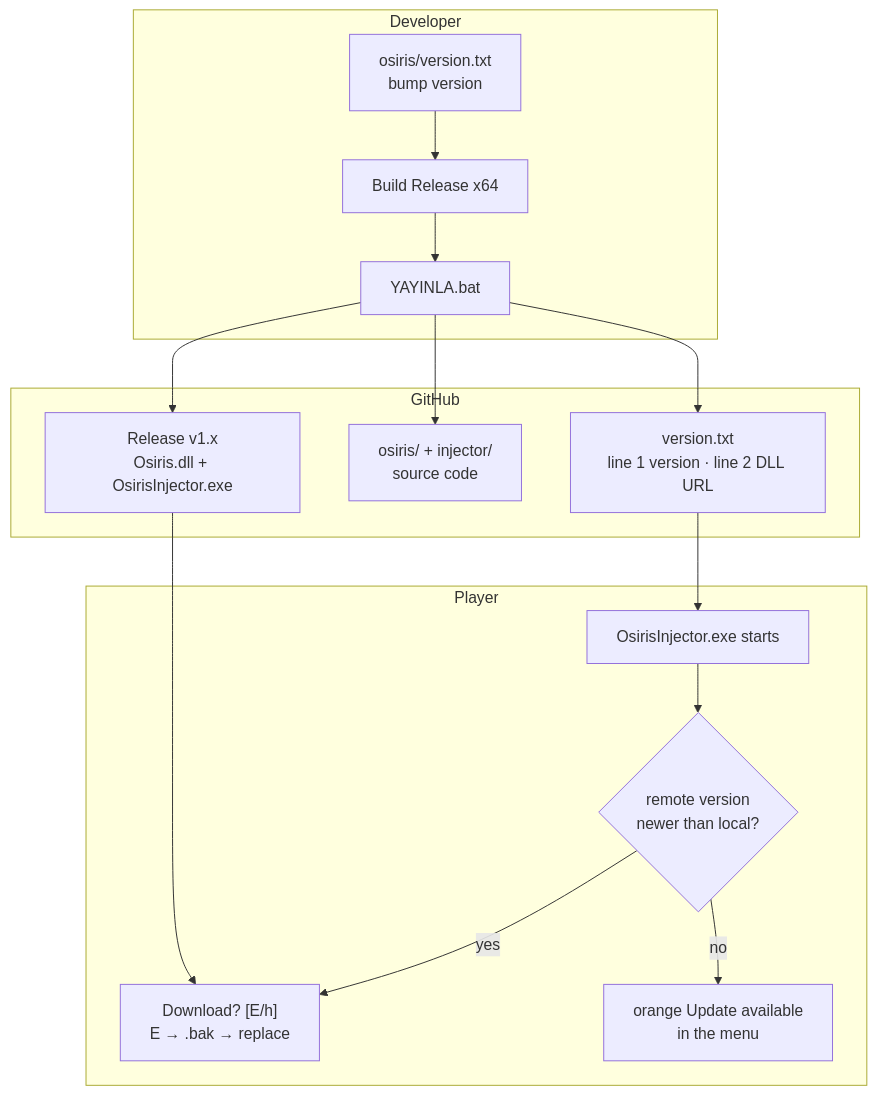
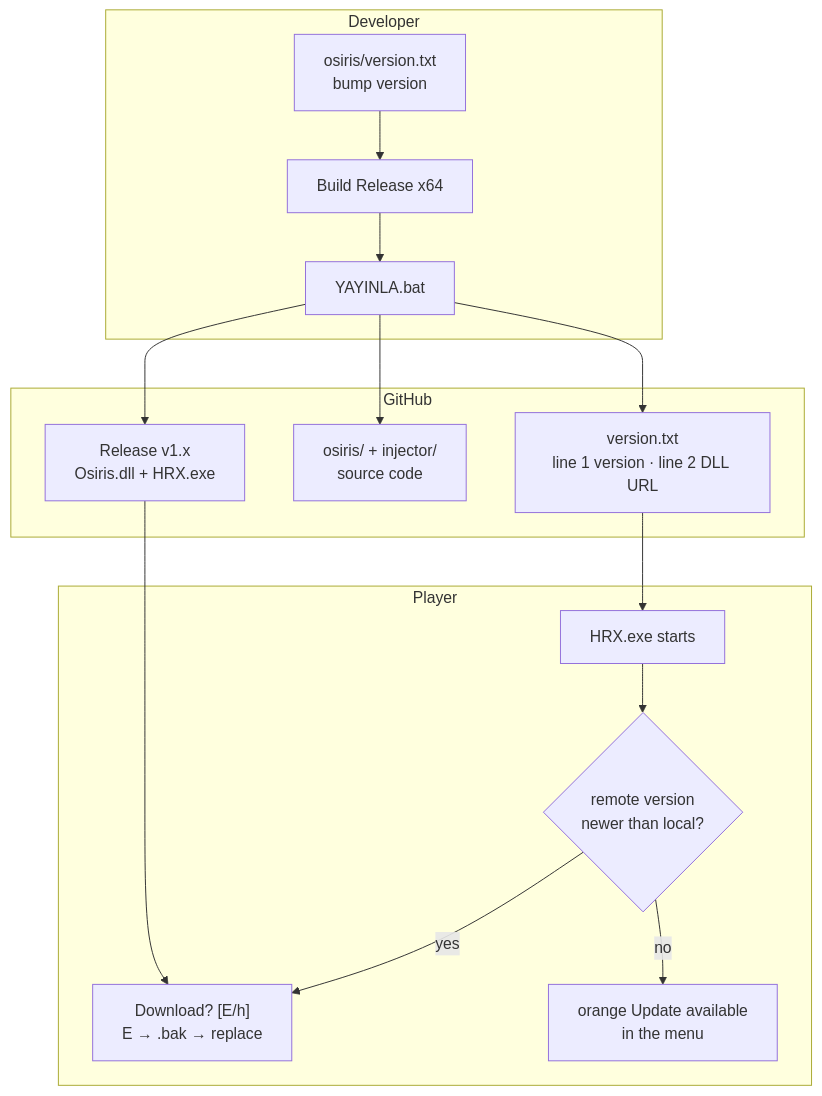
The first of 2 diagrams in README.en.md (yusuf1296/hrx), drawn with Mermaid before and after one commit. The commit also changed other lines of this file and 16 other files, not shown here.

````diff
--- a/README.en.md
+++ b/README.en.md
@@ -59,22 +62,22 @@
 ```mermaid
 flowchart TD
   subgraph DEV["Developer"]
     A["osiris/version.txt<br/>bump version"] --> B["Build Release x64"]
     B --> C["YAYINLA.bat"]
   end
   subgraph GH["GitHub"]
     D["version.txt<br/>line 1 version · line 2 DLL URL"]
     E["osiris/ + injector/<br/>source code"]
-    F["Release v1.x<br/>Osiris.dll + OsirisInjector.exe"]
+    F["Release v1.x<br/>Osiris.dll + HRX.exe"]
   end
   subgraph PLY["Player"]
-    G["OsirisInjector.exe starts"] --> H{"remote version<br/>newer than local?"}
+    G["HRX.exe starts"] --> H{"remote version<br/>newer than local?"}
     H -->|"yes"| I["Download? [E/h]<br/>E → .bak → replace"]
     H -->|"no"| J["orange Update available<br/>in the menu"]
   end
   C --> D
   C --> E
   C --> F
   D --> G
   F --> I
 ```
````
